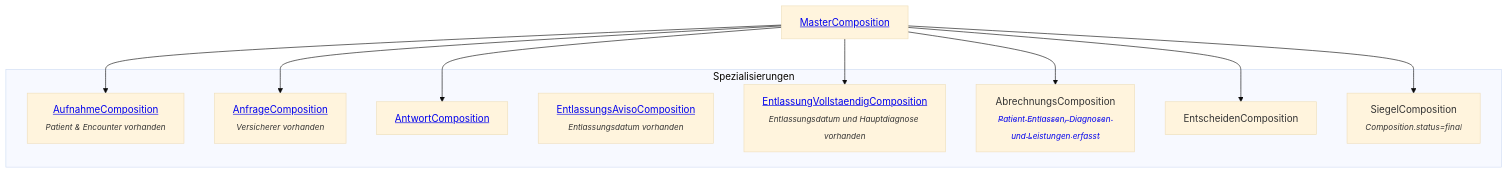
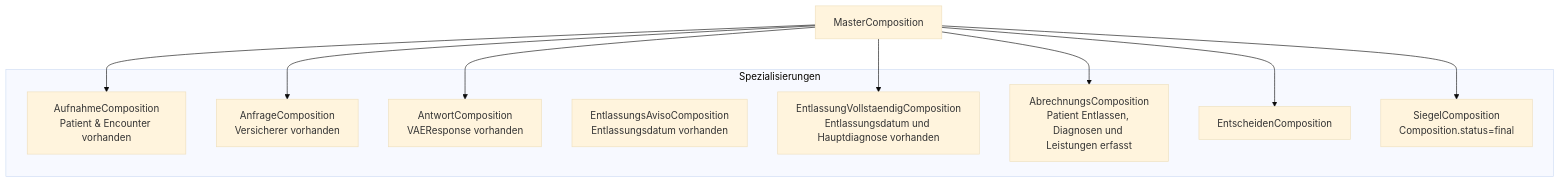
Before and after one commit to HL7Austria/ELGA-MOPED-R5: the first of 2 diagrams in input/pagecontent/moped_konzepte.md, drawn with Mermaid (base theme). The commit also changed 3 other files, not shown here.

```diff
--- a/input/pagecontent/moped_konzepte.md
+++ b/input/pagecontent/moped_konzepte.md
@@ -12,23 +12,23 @@
 <pre class="mermaid">
     graph TD
-    Master[&lt;a href=&quot;StructureDefinition-MopedMasterComposition.html&quot;&gt;MasterComposition&lt;/a&gt;]
+    Master[MasterComposition]
 
     subgraph Spezialisierungen
-        Aufnahme[&lt;a href=&quot;StructureDefinition-MopedAufnahmeComposition.html&quot;&gt;AufnahmeComposition&lt;/a&gt;<br/><sub><i>Patient & Encounter vorhanden</i></sub>]
-        Anfrage[&lt;a href=&quot;StructureDefinition-MopedAnfragenComposition.html&quot;&gt;AnfrageComposition&lt;/a&gt;<br/><sub><i>Versicherer vorhanden</i></sub>]
-        Antwort[&lt;a href=&quot;StructureDefinition-MopedBeantwortenComposition.html&quot;&gt;AntwortComposition&lt;/a&gt;<br/><sub><i></i></sub>]
-        Entlassungsaviso[&lt;a href=&quot;StructureDefinition-MopedEntlassenAvisoComposition.html&quot;&gt;EntlassungsAvisoComposition&lt;/a&gt;<br/><sub><i>Entlassungsdatum vorhanden</i></sub>]
-        Entlassung[&lt;a href=&quot;StructureDefinition-MopedEntlassenAvisoComposition.html&quot;&gt;EntlassungVollstaendigComposition&lt;/a&gt;<br/><sub><i>Entlassungsdatum und Hauptdiagnose vorhanden</i></sub>]
-        Abrechnung[AbrechnungsComposition&lt;a href=&quot;TBD&quot;&gt;<br/><sub><i>Patient Entlassen, Diagnosen und Leistungen erfasst</i></sub>]
-        Entscheiden[EntscheidenComposition<br/><sub><i></i></sub>]
-        Siegel[SiegelComposition<br/><sub><i>Composition.status=final</i></sub>]
+        Aufnahme[AufnahmeComposition<br/>Patient & Encounter vorhanden]
+        Anfrage[AnfrageComposition<br/>Versicherer vorhanden]
+        Antwort[AntwortComposition<br/>VAEResponse vorhanden]
+        Entlassungsaviso[EntlassungsAvisoComposition<br/>Entlassungsdatum vorhanden]
+        Entlassung[EntlassungVollstaendigComposition<br/>Entlassungsdatum und Hauptdiagnose vorhanden]
+        Abrechnung[AbrechnungsComposition<br/>Patient Entlassen, Diagnosen und Leistungen erfasst]
+        Entscheiden[EntscheidenComposition<br/>]
+        Siegel[SiegelComposition<br/>Composition.status=final]
     end
 
     Master --> Aufnahme
     Master --> Anfrage
     Master --> Antwort
     Master --> Entlassung
     Master --> Abrechnung
     Master --> Entscheiden
     Master --> Siegel
 </pre>
```
